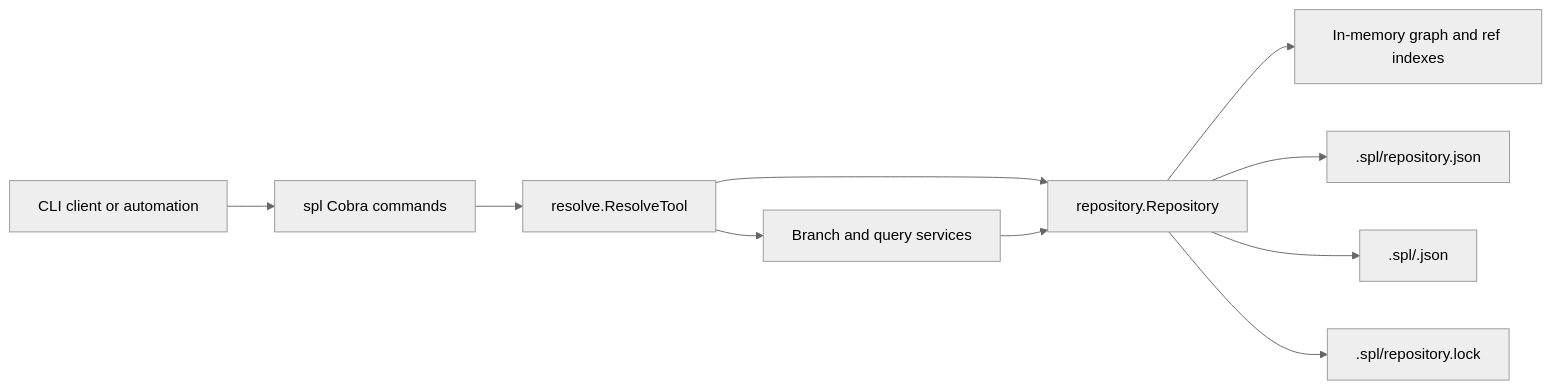
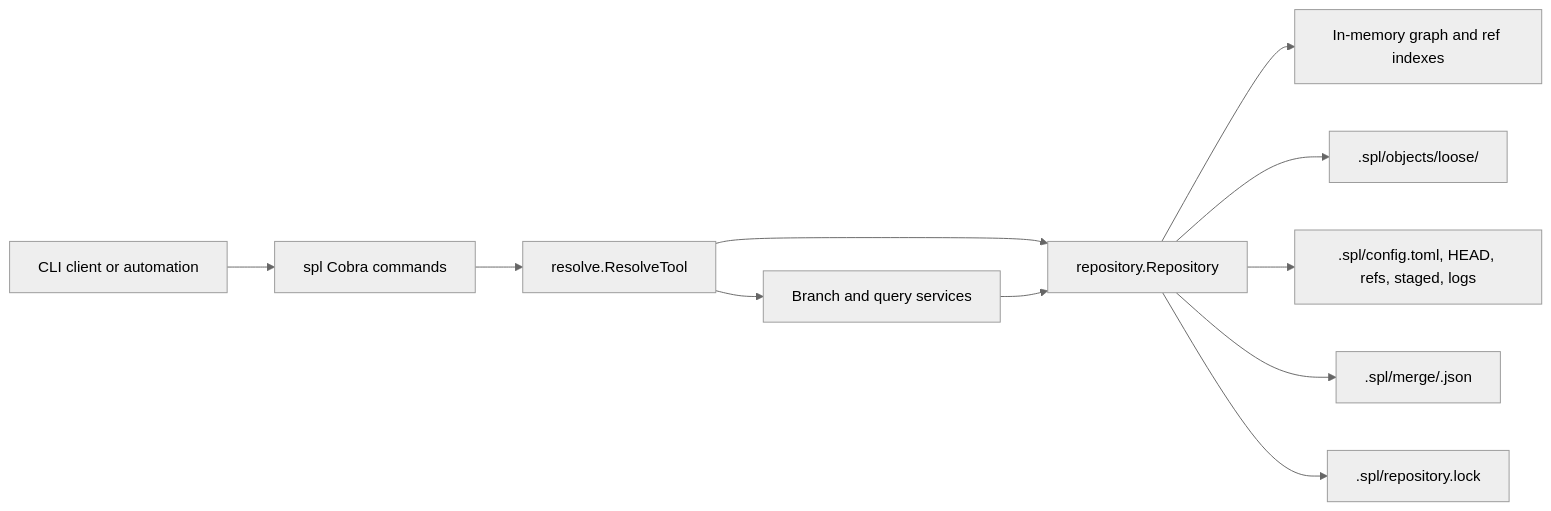
One commit to autonomous-bits/spool changed the diagram in docs/architecture.md. Above: the diagram before and after it, drawn with Mermaid (neutral theme). The commit also changed other lines of this file and 27 other files, not shown here.

````diff
--- a/docs/architecture.md
+++ b/docs/architecture.md
@@ -10,12 +10,13 @@
 ```mermaid
 flowchart LR
     Client[CLI client or automation] --> CLI[spl Cobra commands]
     CLI --> Tool[resolve.ResolveTool]
     Tool --> Services[Branch and query services]
     Tool --> Repository[repository.Repository]
     Services --> Repository
     Repository --> Memory[In-memory graph and ref indexes]
-    Repository --> State[".spl/repository.json"]
-    Repository --> Merge[".spl/<hashed-branch>.json"]
+    Repository --> Objects[".spl/objects/loose/<id>"]
+    Repository --> State[".spl/config.toml, HEAD, refs, staged, logs"]
+    Repository --> Merge[".spl/merge/<hashed-branch>.json"]
     Repository --> Lock[".spl/repository.lock"]
 ```
````
